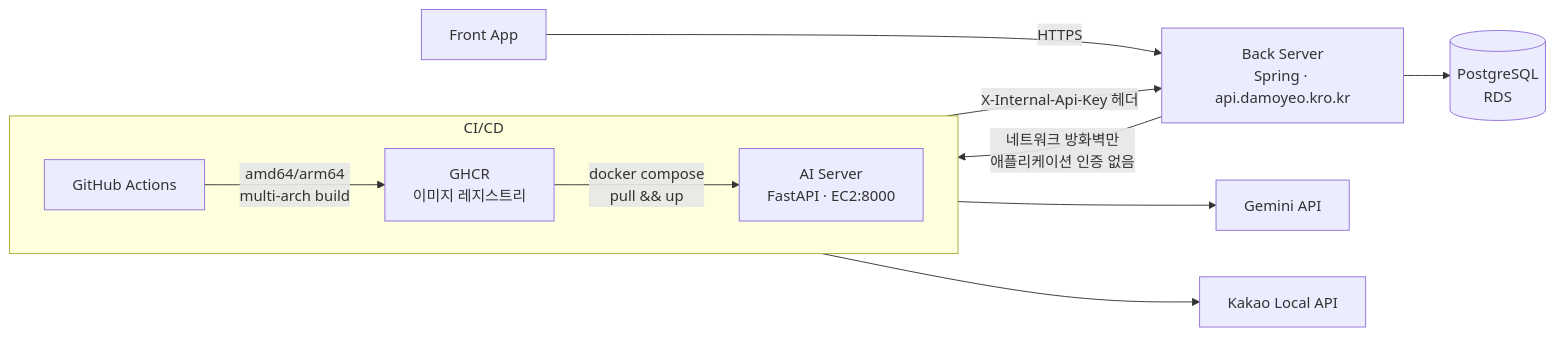
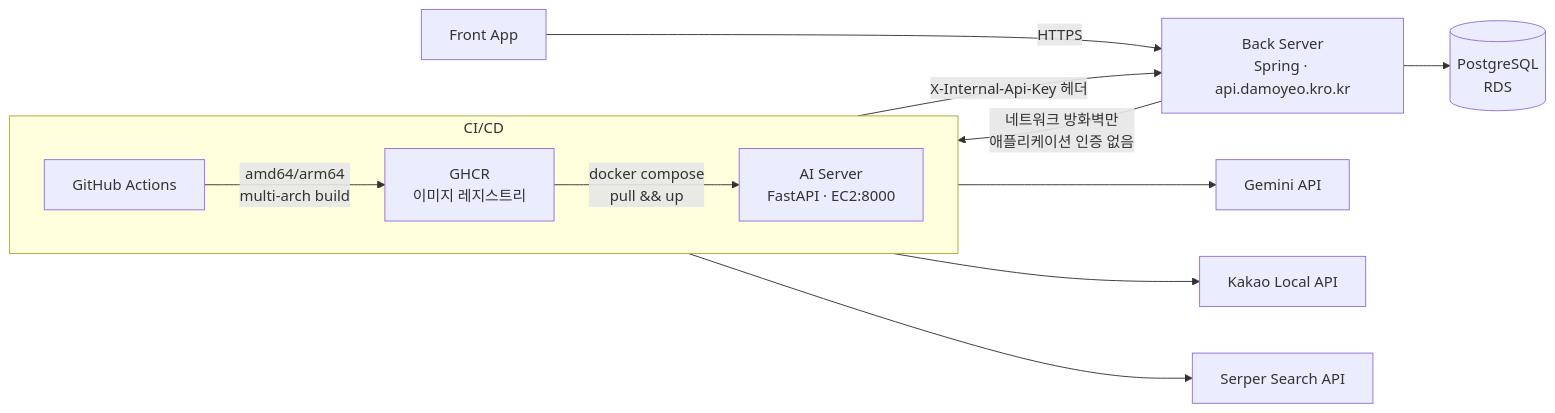
Before and after one commit to damoyeo-team20/damoyeo-AI: the first of 3 diagrams in README.md, drawn with Mermaid. The commit also changed other lines of this file and 20 other files, not shown here.

````diff
--- a/README.md
+++ b/README.md
@@ -66,15 +66,16 @@
 ```mermaid
 flowchart LR
     Front["Front App"] -->|HTTPS| Back["Back Server\nSpring · api.damoyeo.kro.kr"]
     Back -->|네트워크 방화벽만\n애플리케이션 인증 없음| AI["AI Server\nFastAPI · EC2:8000"]
     AI -->|X-Internal-Api-Key 헤더| Back
     Back --> DB[("PostgreSQL\nRDS")]
     AI --> Gemini["Gemini API"]
     AI --> Kakao["Kakao Local API"]
+    AI --> Serper["Serper Search API"]
 
     subgraph CICD["CI/CD"]
         direction LR
         GHA["GitHub Actions"] -->|"amd64/arm64\nmulti-arch build"| GHCR["GHCR\n이미지 레지스트리"]
         GHCR -->|"docker compose\npull && up"| AI
     end
 ```
````
